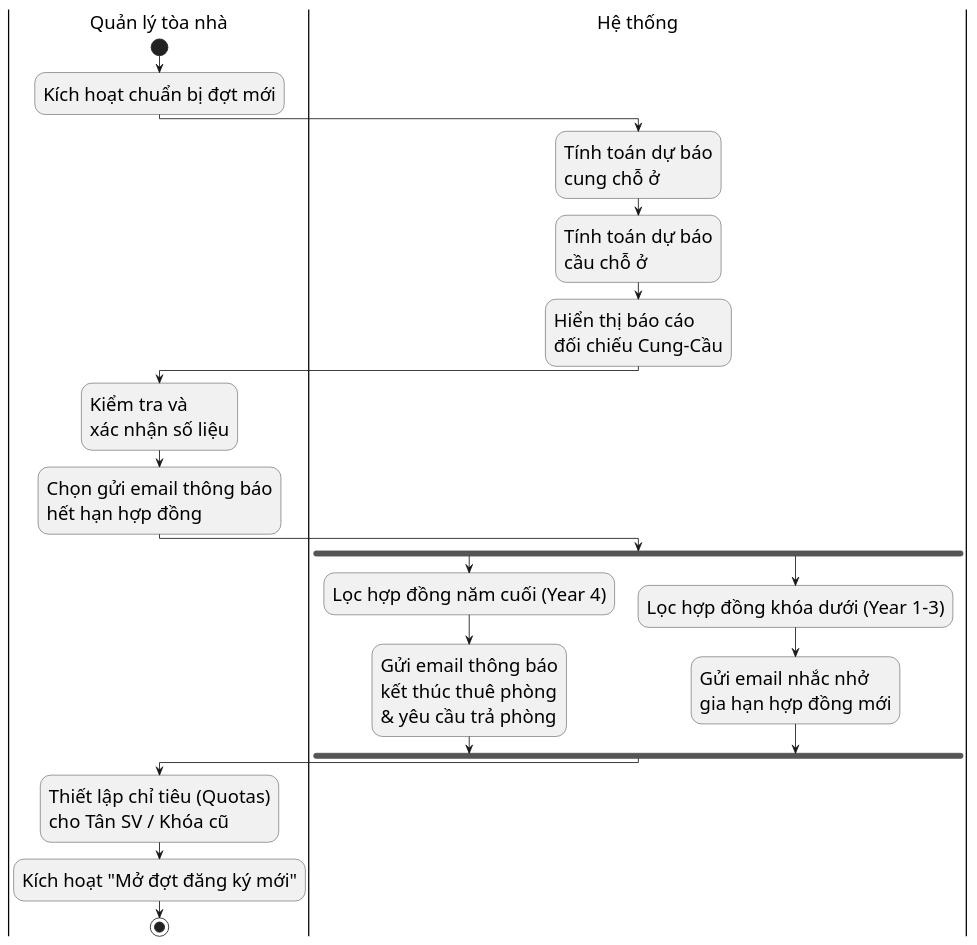
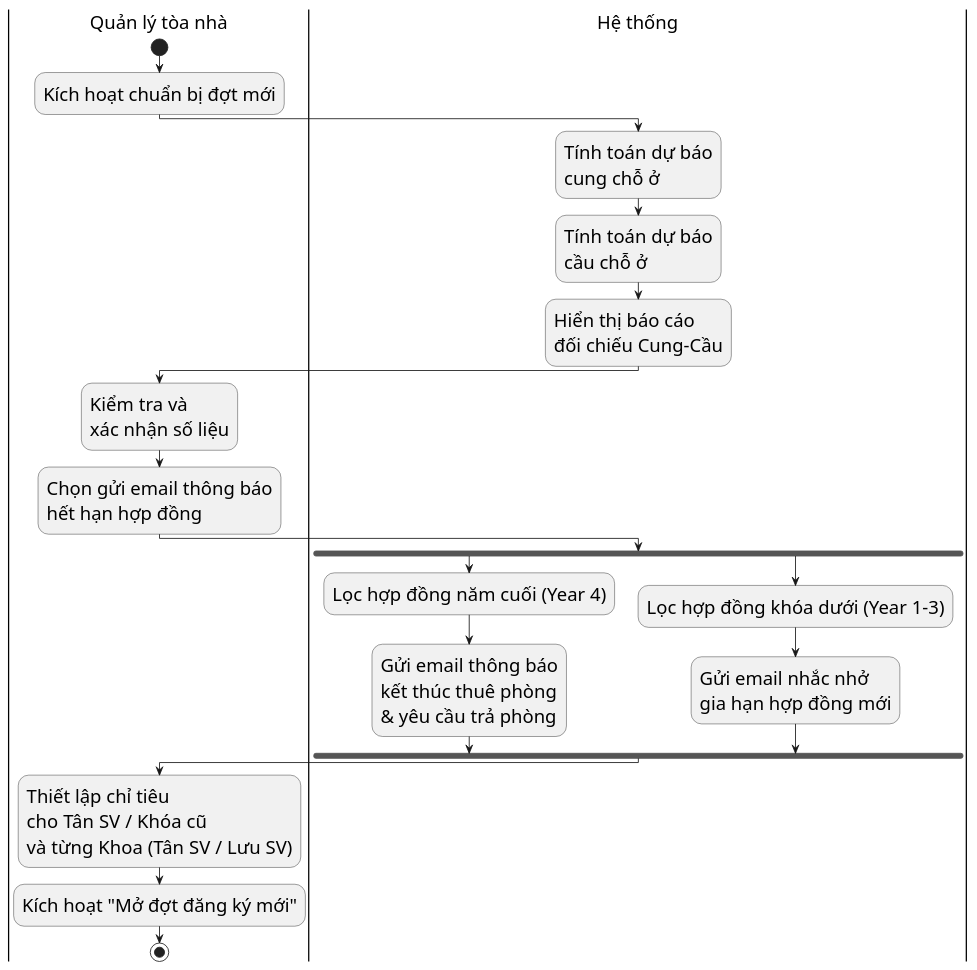
One commit to s0nbuildtech287/dormitory-frontend changed the diagram in diagrams/nhomhosodangky/campaign_launcher_activity.puml. Above: the diagram before and after it, drawn with PlantUML. The commit also changed 4 other files, not shown here.

```diff
--- a/diagrams/nhomhosodangky/campaign_launcher_activity.puml
+++ b/diagrams/nhomhosodangky/campaign_launcher_activity.puml
@@ -1,26 +1,26 @@
 @startuml "Campaign Launcher Activity"
 skinparam defaultFontSize 22
 skinparam defaultFontName "Times New Roman"
 |Quản lý tòa nhà|
 start
 :Kích hoạt chuẩn bị đợt mới;
 |Hệ thống|
 :Tính toán dự báo\ncung chỗ ở;
 :Tính toán dự báo\ncầu chỗ ở;
 :Hiển thị báo cáo\nđối chiếu Cung-Cầu;
 |Quản lý tòa nhà|
 :Kiểm tra và\nxác nhận số liệu;
 :Chọn gửi email thông báo\nhết hạn hợp đồng;
 |Hệ thống|
 fork
   :Lọc hợp đồng năm cuối (Year 4);
   :Gửi email thông báo\nkết thúc thuê phòng\n& yêu cầu trả phòng;
 fork again
   :Lọc hợp đồng khóa dưới (Year 1-3);
   :Gửi email nhắc nhở\ngia hạn hợp đồng mới;
 end fork
 |Quản lý tòa nhà|
-:Thiết lập chỉ tiêu (Quotas)\ncho Tân SV / Khóa cũ;
+:Thiết lập chỉ tiêu \ncho Tân SV / Khóa cũ\nvà từng Khoa (Tân SV / Lưu SV);
 :Kích hoạt "Mở đợt đăng ký mới";
 stop
 @enduml
```
